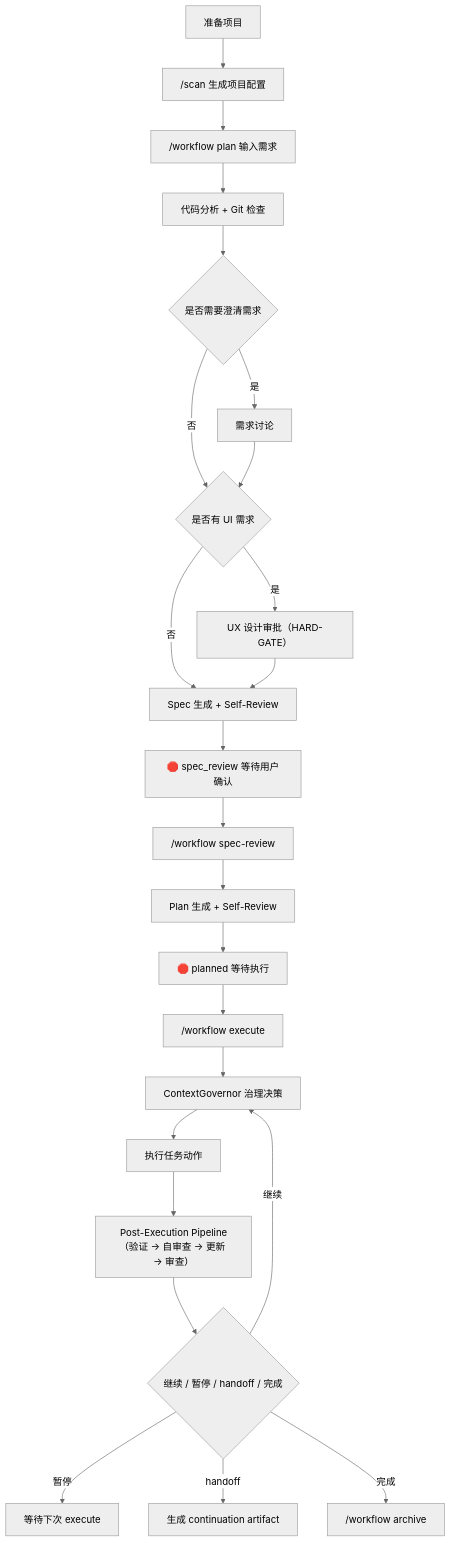
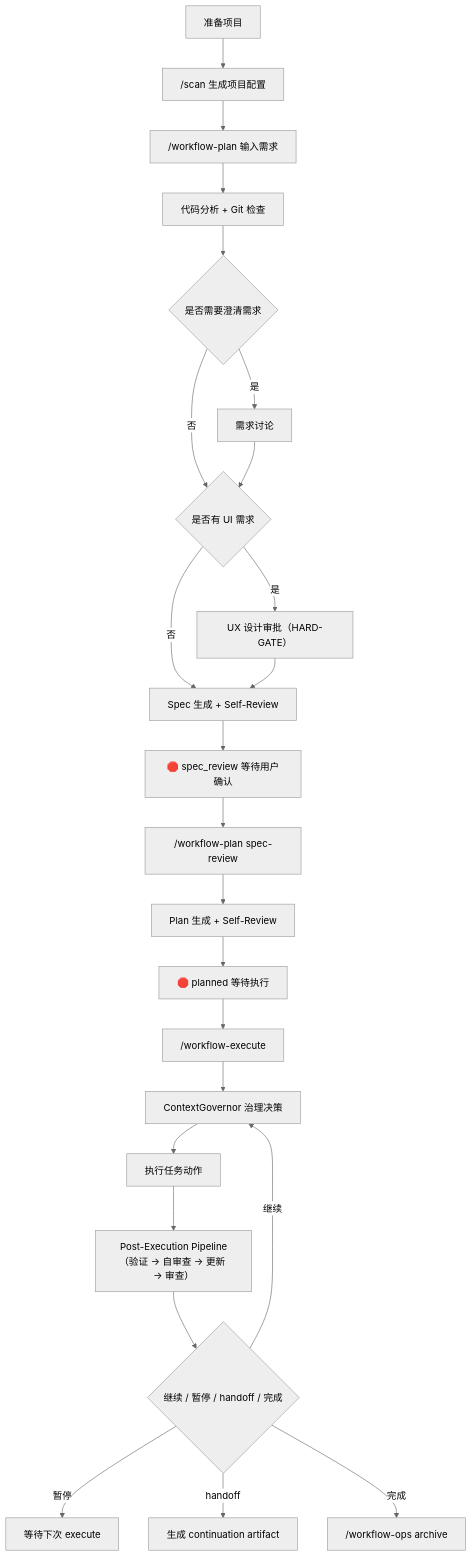
The second of 2 diagrams in README.md (fan776783/claude-workflow), drawn with Mermaid (neutral theme) before and after one commit. The commit also changed other lines of this file and 46 other files, not shown here.

````diff
--- a/README.md
+++ b/README.md
@@ -380,27 +374,27 @@
 ```mermaid
 flowchart TD
     A["准备项目"] --> B["/scan 生成项目配置"]
-    B --> C["/workflow plan 输入需求"]
+    B --> C["/workflow-plan 输入需求"]
     C --> D["代码分析 + Git 检查"]
     D --> E{"是否需要澄清需求"}
     E -->|是| F["需求讨论"]
     E -->|否| G{"是否有 UI 需求"}
     F --> G
     G -->|是| H["UX 设计审批（HARD-GATE）"]
     G -->|否| I["Spec 生成 + Self-Review"]
     H --> I
     I --> J["🛑 spec_review 等待用户确认"]
-    J --> K["/workflow spec-review"]
+    J --> K["/workflow-plan spec-review"]
     K --> L["Plan 生成 + Self-Review"]
     L --> M["🛑 planned 等待执行"]
 
-    M --> N["/workflow execute"]
+    M --> N["/workflow-execute"]
     N --> O["ContextGovernor 治理决策"]
     O --> P["执行任务动作"]
     P --> Q["Post-Execution Pipeline（验证 → 自审查 → 更新 → 审查）"]
     Q --> R{"继续 / 暂停 / handoff / 完成"}
     R -->|继续| O
     R -->|暂停| S["等待下次 execute"]
     R -->|handoff| T["生成 continuation artifact"]
-    R -->|完成| U["/workflow archive"]
+    R -->|完成| U["/workflow-ops archive"]
 ```
````
